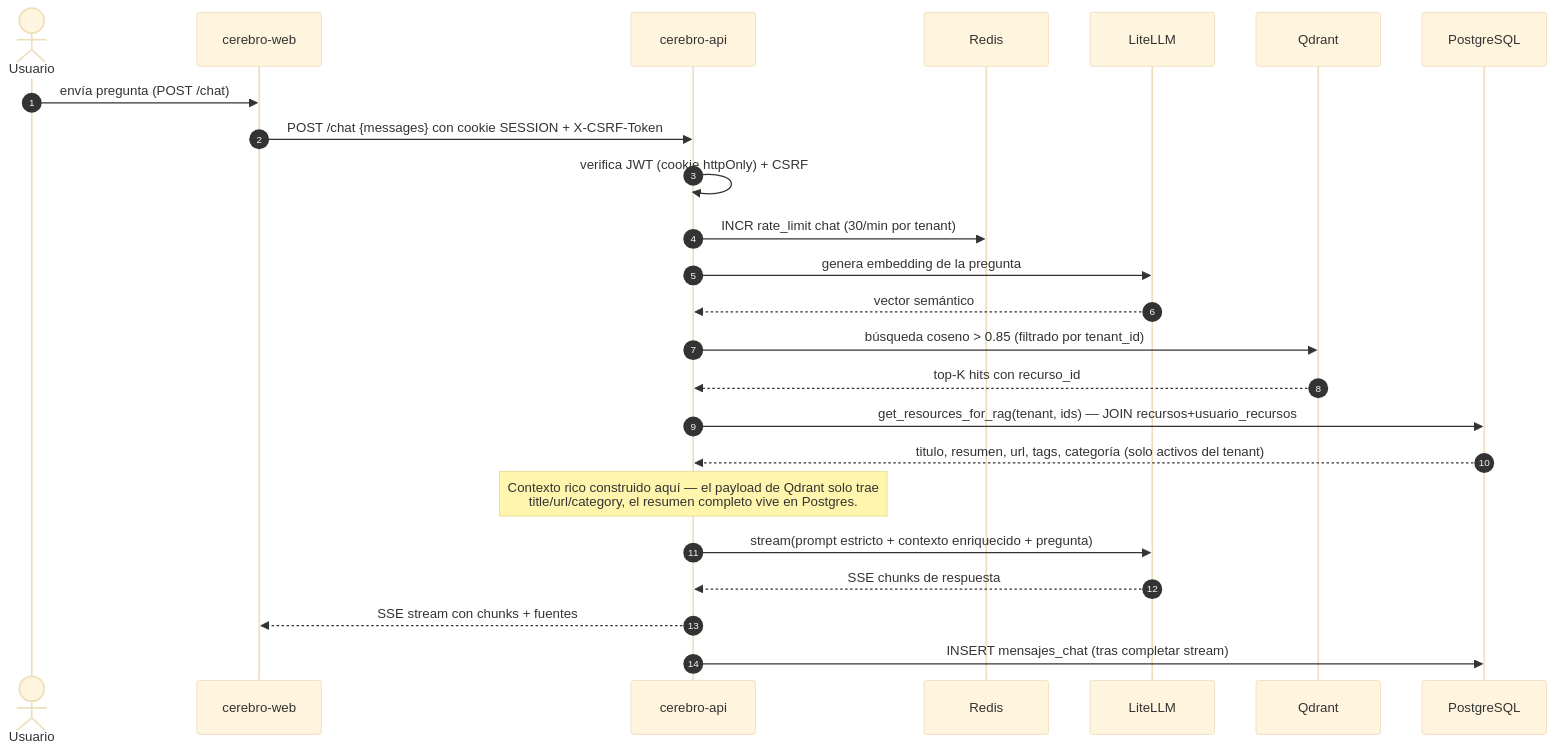
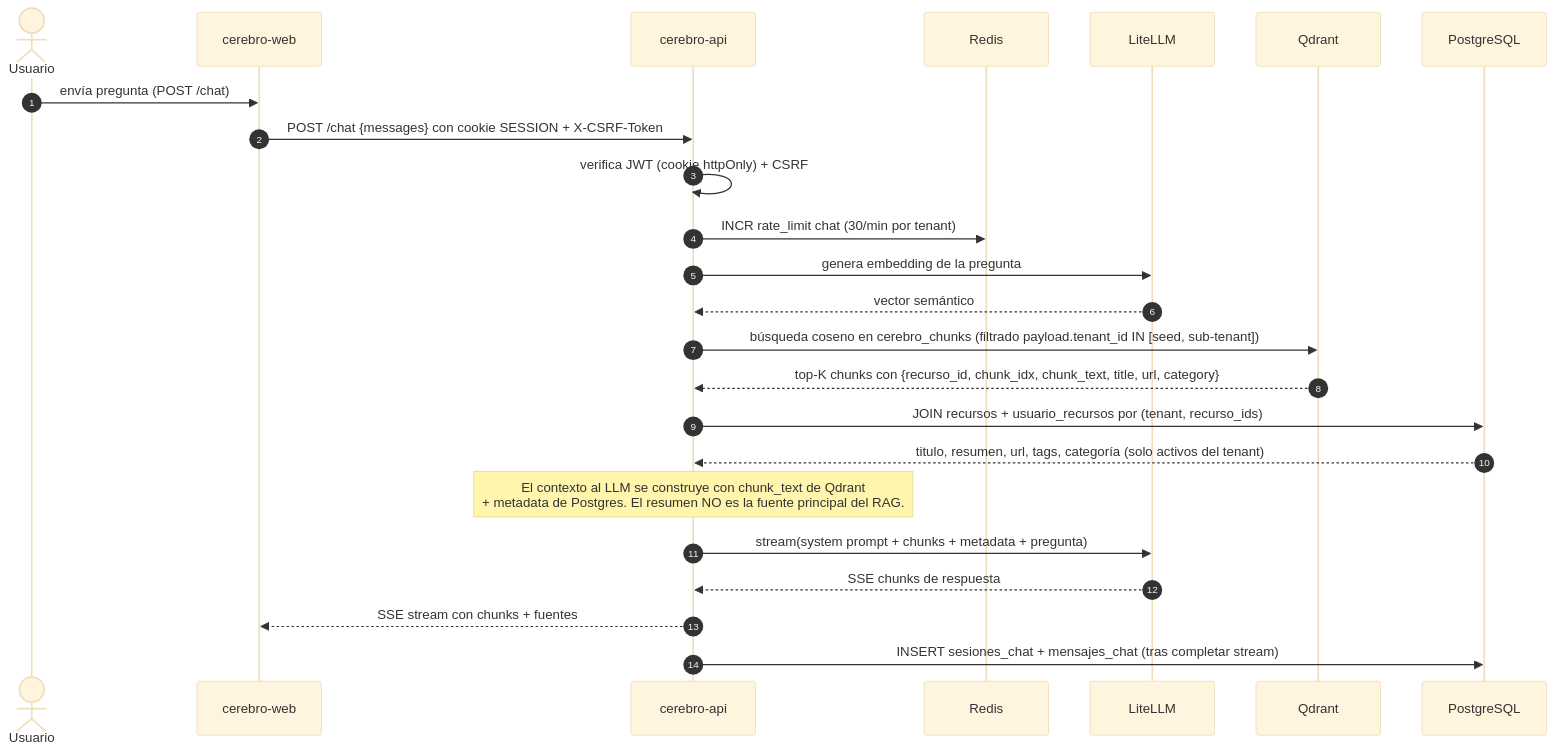
Before and after one commit to sylfG/linkanvil: the third of 6 diagrams in docs/src/4-arquitectura.md, drawn with Mermaid (base theme). The commit also changed other lines of this file and 11 other files, not shown here.

````diff
--- a/docs/src/4-arquitectura.md
+++ b/docs/src/4-arquitectura.md
@@ -182,27 +190,27 @@
 ```mermaid
 sequenceDiagram
     autonumber
     actor U as Usuario
     participant WB as cerebro-web
     participant AP as cerebro-api
     participant RD as Redis
     participant LLM as LiteLLM
     participant QD as Qdrant
     participant PG as PostgreSQL
 
     U->>WB: envía pregunta (POST /chat)
     WB->>AP: POST /chat {messages} con cookie SESSION + X-CSRF-Token
     AP->>AP: verifica JWT (cookie httpOnly) + CSRF
     AP->>RD: INCR rate_limit chat (30/min por tenant)
     AP->>LLM: genera embedding de la pregunta
     LLM-->>AP: vector semántico
-    AP->>QD: búsqueda coseno > 0.85 (filtrado por tenant_id)
-    QD-->>AP: top-K hits con recurso_id
-    AP->>PG: get_resources_for_rag(tenant, ids) — JOIN recursos+usuario_recursos
+    AP->>QD: búsqueda coseno en cerebro_chunks (filtrado payload.tenant_id IN [seed, sub-tenant])
+    QD-->>AP: top-K chunks con {recurso_id, chunk_idx, chunk_text, title, url, category}
+    AP->>PG: JOIN recursos + usuario_recursos por (tenant, recurso_ids)
     PG-->>AP: titulo, resumen, url, tags, categoría (solo activos del tenant)
-    Note over AP: Contexto rico construido aquí — el payload de Qdrant solo trae<br/>title/url/category, el resumen completo vive en Postgres.
-    AP->>LLM: stream(prompt estricto + contexto enriquecido + pregunta)
+    Note over AP: El contexto al LLM se construye con chunk_text de Qdrant<br/>+ metadata de Postgres. El resumen NO es la fuente principal del RAG.
+    AP->>LLM: stream(system prompt + chunks + metadata + pregunta)
     LLM-->>AP: SSE chunks de respuesta
     AP-->>WB: SSE stream con chunks + fuentes
-    AP->>PG: INSERT mensajes_chat (tras completar stream)
+    AP->>PG: INSERT sesiones_chat + mensajes_chat (tras completar stream)
 ```
````
